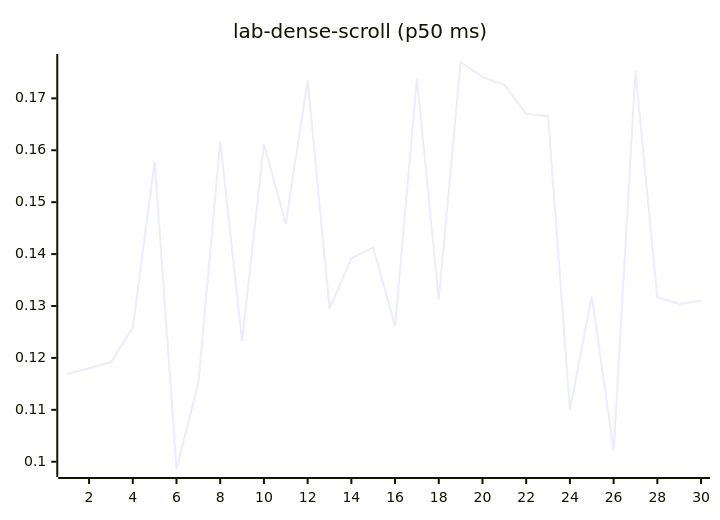
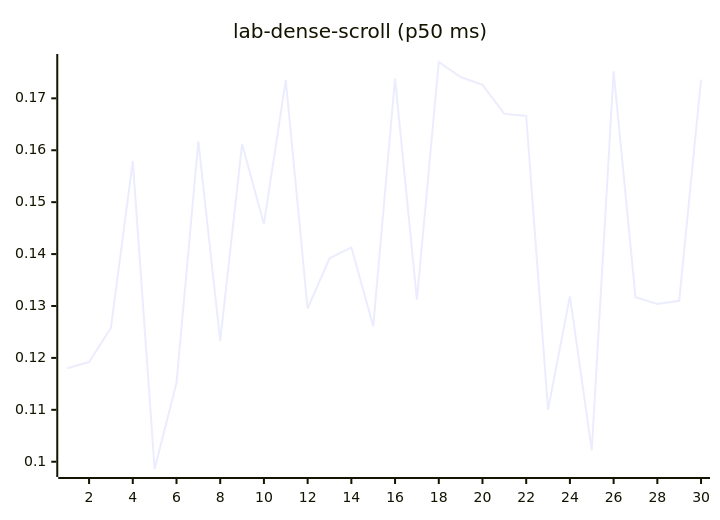
Before and after one commit to josha/Facet: diagram 12 of 27 in README.md, drawn with Mermaid. The commit also changed other lines of this file and 2 other files, not shown here.

````diff
--- a/README.md
+++ b/README.md
@@ -140,6 +140,6 @@
 ```mermaid
 xychart-beta
     title "lab-dense-scroll (p50 ms)"
     x-axis 1 --> 30
-    line [0.1169, 0.1180, 0.1192, 0.1258, 0.1579, 0.0986, 0.1152, 0.1617, 0.1233, 0.1612, 0.1458, 0.1735, 0.1295, 0.1392, 0.1413, 0.1261, 0.1738, 0.1312, 0.1770, 0.1741, 0.1726, 0.1670, 0.1666, 0.1100, 0.1319, 0.1022, 0.1752, 0.1317, 0.1304, 0.1310]
+    line [0.1180, 0.1192, 0.1258, 0.1579, 0.0986, 0.1152, 0.1617, 0.1233, 0.1612, 0.1458, 0.1735, 0.1295, 0.1392, 0.1413, 0.1261, 0.1738, 0.1312, 0.1770, 0.1741, 0.1726, 0.1670, 0.1666, 0.1100, 0.1319, 0.1022, 0.1752, 0.1317, 0.1304, 0.1310, 0.1736]
 ```
````
